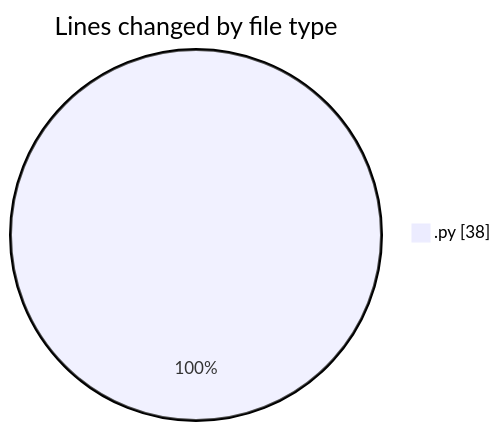
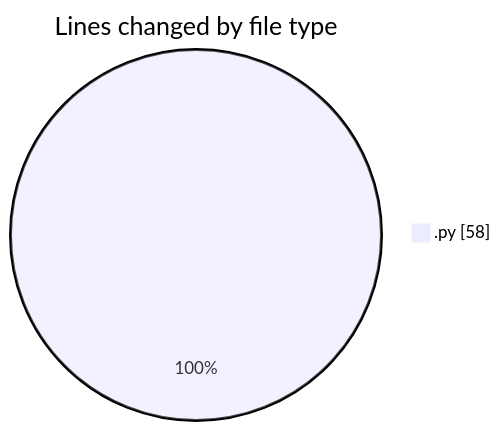
The first of 2 diagrams in 2025-10-20/eventscop-api-guide__workspace_/README.md (julien-gomy/code-tracking), drawn with Mermaid before and after one commit. The commit also changed other lines of this file and 1 other file, not shown here.

````diff
--- a/2025-10-20/eventscop-api-guide__workspace_/README.md
+++ b/2025-10-20/eventscop-api-guide__workspace_/README.md
@@ -20,5 +20,5 @@
 ```mermaid
 pie showData
 title Lines changed by file type
-".py" : 38
+".py" : 58
 ```
````
